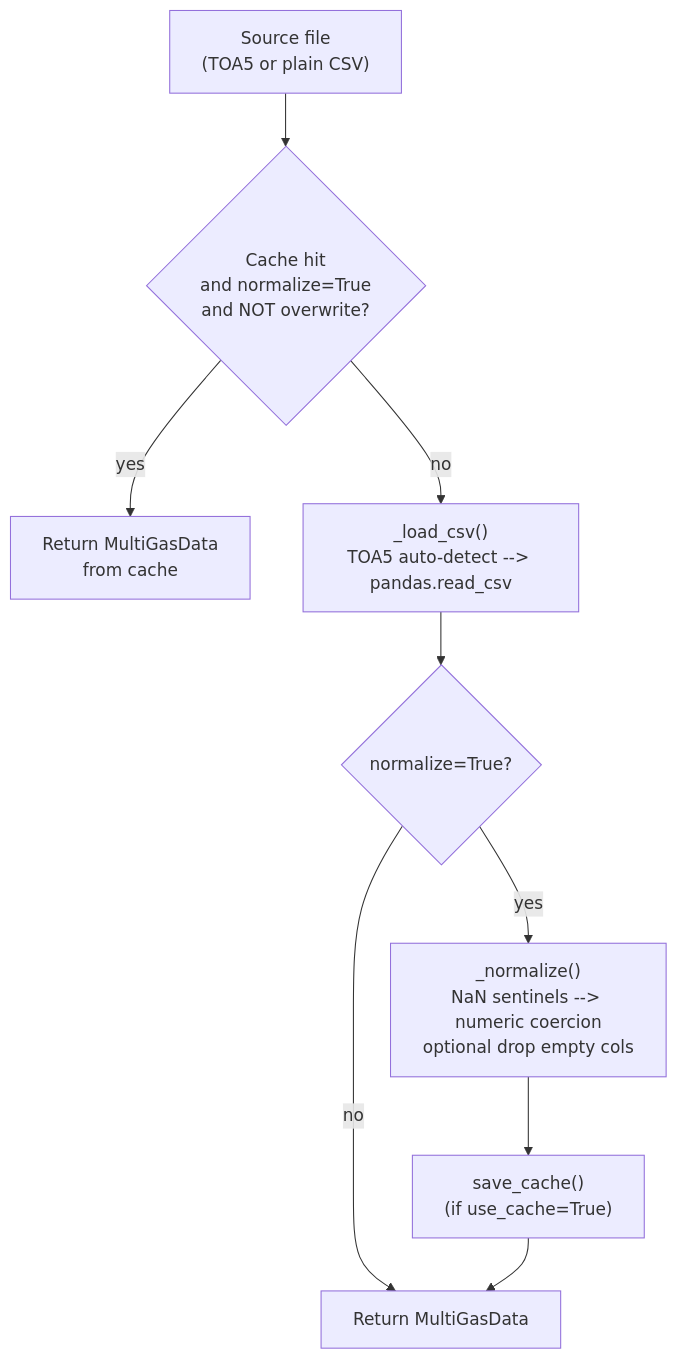
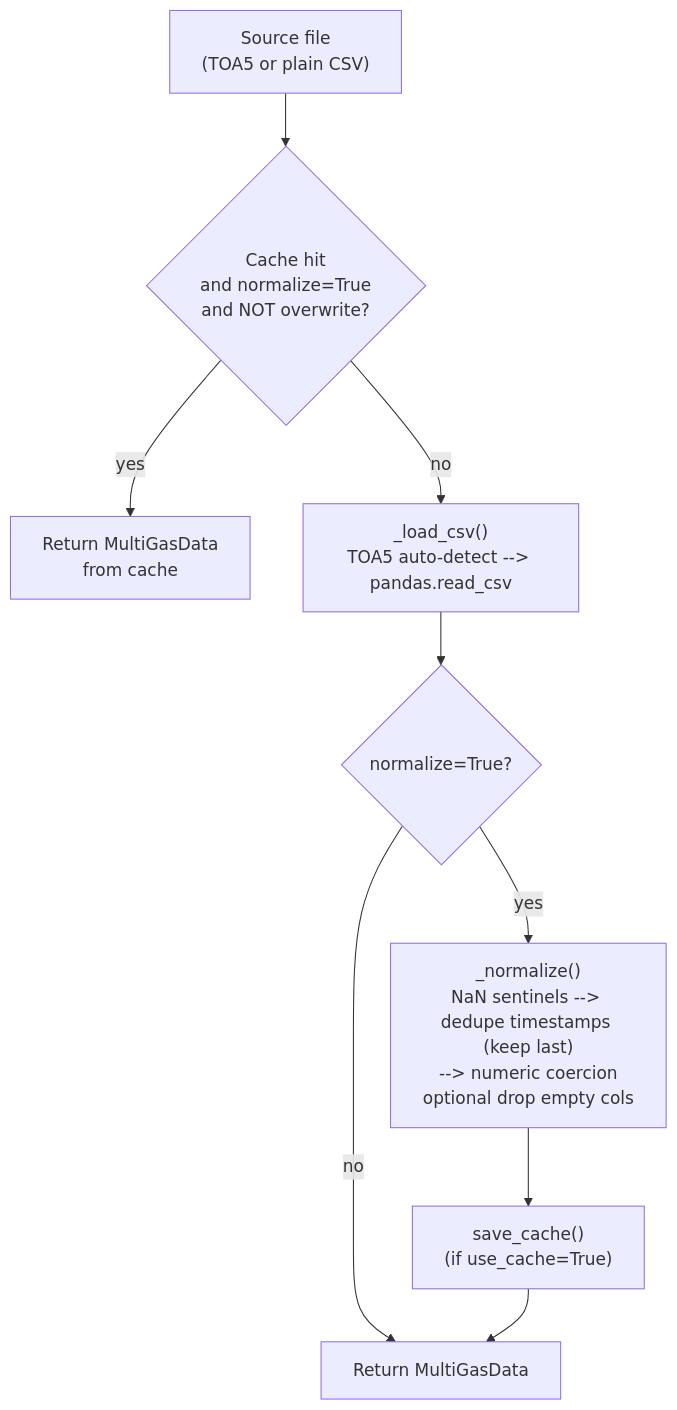
Before and after one commit to martanto/multigas: the diagram in wiki/Getting-Started.md, drawn with Mermaid. The commit also changed other lines of this file and 2 other files, not shown here.

````diff
--- a/wiki/Getting-Started.md
+++ b/wiki/Getting-Started.md
@@ -94,11 +94,11 @@
 ```mermaid
 flowchart TD
     A["Source file<br/>(TOA5 or plain CSV)"] --> B{Cache hit<br/>and normalize=True<br/>and NOT overwrite?}
     B -->|yes| E["Return MultiGasData<br/>from cache"]
     B -->|no| C["_load_csv()<br/>TOA5 auto-detect --> pandas.read_csv"]
     C --> D{normalize=True?}
-    D -->|yes| F["_normalize()<br/>NaN sentinels --> numeric coercion<br/>optional drop empty cols"]
+    D -->|yes| F["_normalize()<br/>NaN sentinels --> dedupe timestamps (keep last)<br/>--> numeric coercion<br/>optional drop empty cols"]
     D -->|no| G["Return MultiGasData"]
     F --> H["save_cache()<br/>(if use_cache=True)"]
     H --> G
 ```
````
